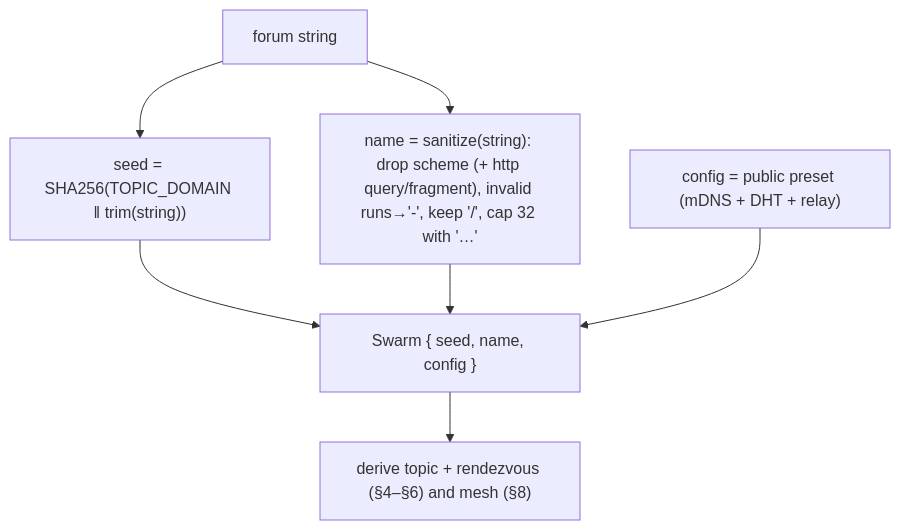
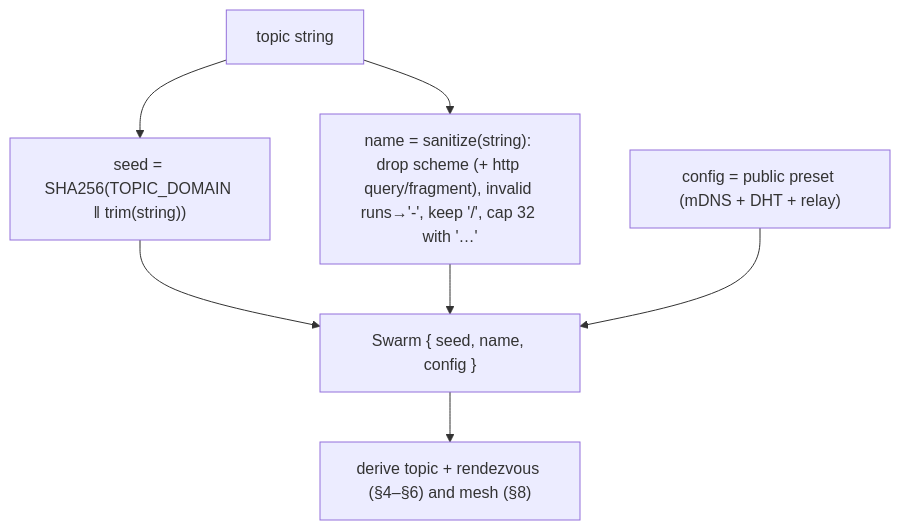
One commit to agent-habilis/agent-gossip changed the fourth of 6 diagrams in docs/discovery.md. Above: the diagram before and after it, drawn with Mermaid. The commit also changed other lines of this file and 28 other files, not shown here.

First line of the commit message:
feat: rename forum command to topic and make its room chatty

````diff
--- a/docs/discovery.md
+++ b/docs/discovery.md
@@ -253,10 +253,10 @@
 ```mermaid
 flowchart TB
-    S["forum string"]
+    S["topic string"]
     S --> H["seed = SHA256(TOPIC_DOMAIN ‖ trim(string))"]
     S --> N["name = sanitize(string): drop scheme (+ http query/fragment), invalid runs→'-', keep '/', cap 32 with '…'"]
     H --> Sw["Swarm { seed, name, config }"]
     N --> Sw
     C["config = public preset (mDNS + DHT + relay)"] --> Sw
     Sw --> T["derive topic + rendezvous (§4–§6) and mesh (§8)"]
 ```
````
